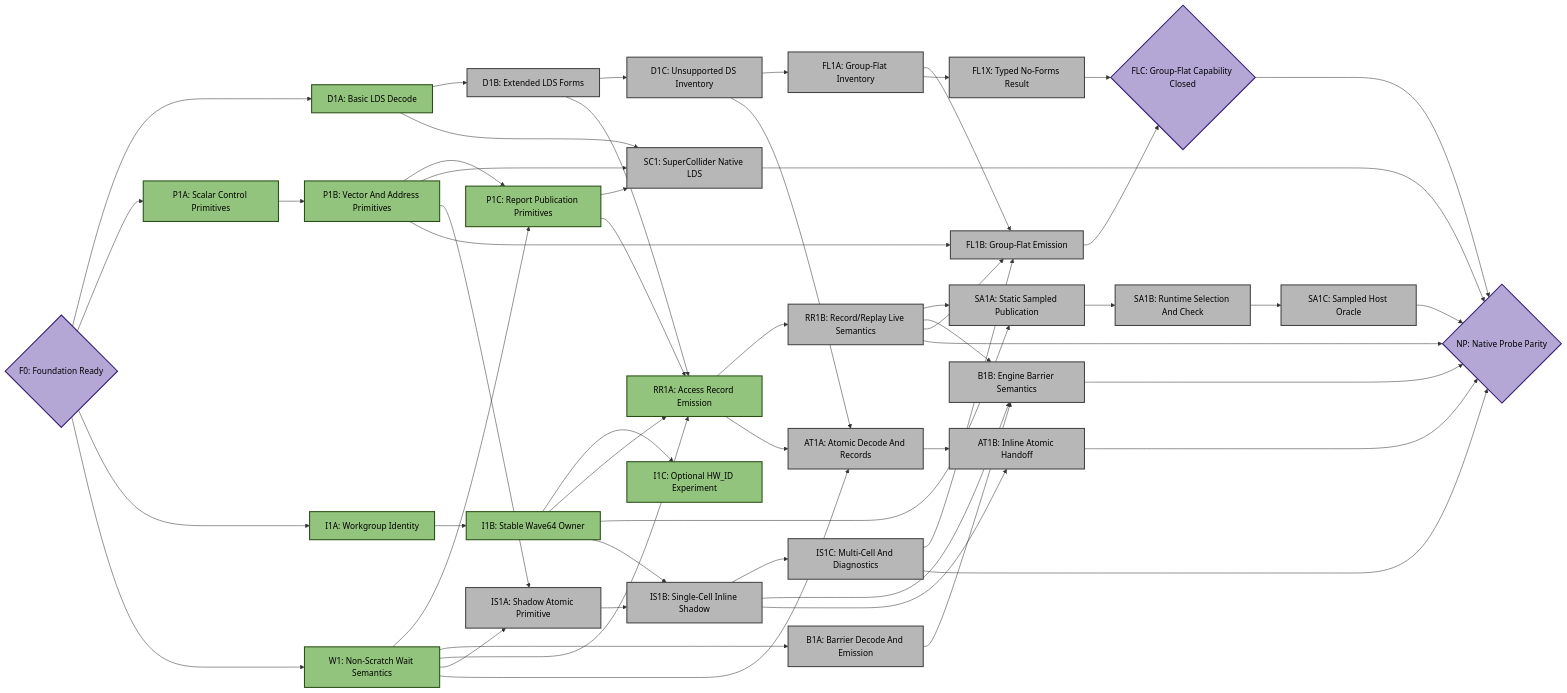
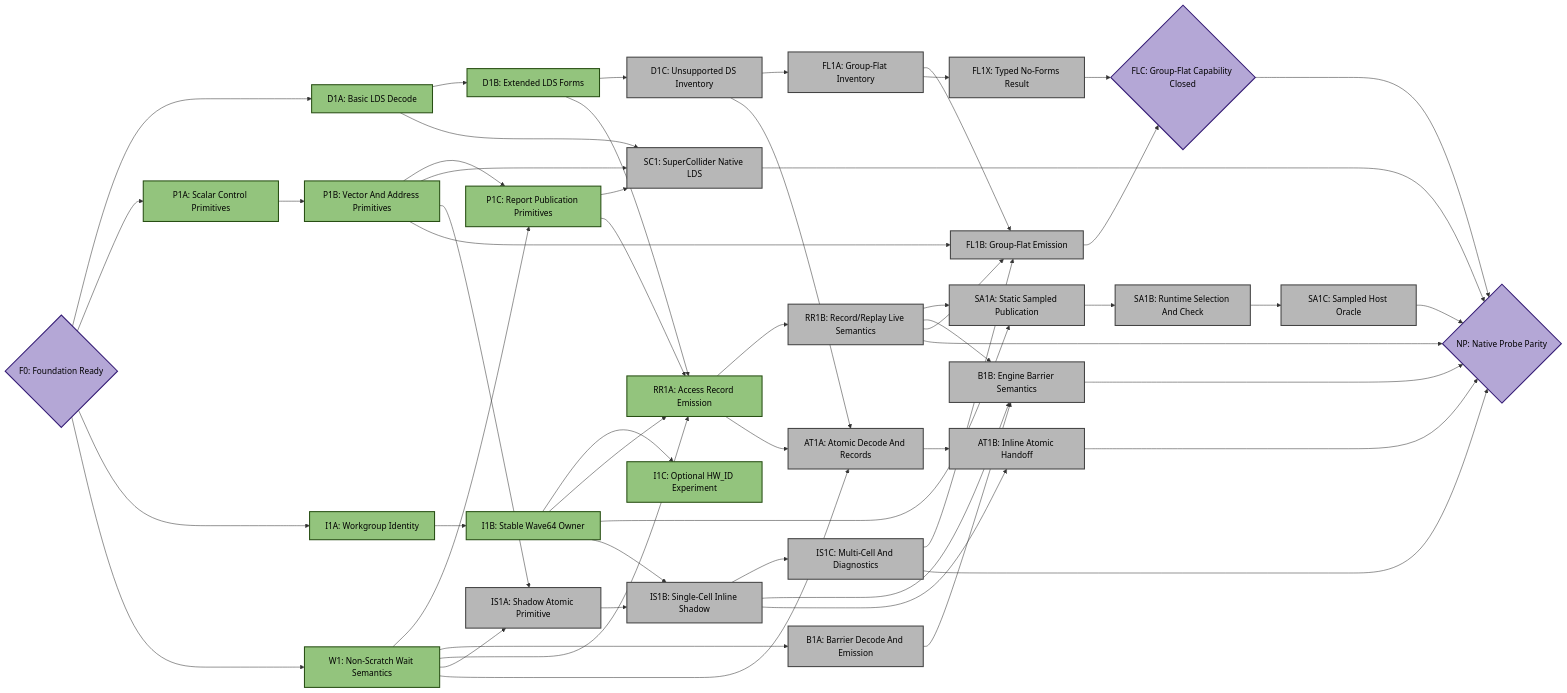
One commit to ROCm/rocm-systems changed the fourth of 5 diagrams in emulation/rocjitsu/docs/consan/PLAN_GFX950.md. Above: the diagram before and after it, drawn with Mermaid. The commit also changed other lines of this file and 4 other files, not shown here.

Commit message:
rocjitsu: normalize extended gfx950 LDS forms

```diff
--- a/emulation/rocjitsu/docs/consan/PLAN_GFX950.md
+++ b/emulation/rocjitsu/docs/consan/PLAN_GFX950.md
@@ -288,7 +294,7 @@
 flowchart LR
   F0{"F0: Foundation Ready"}:::target
   D1A["D1A: Basic LDS Decode"]:::done
-  D1B["D1B: Extended LDS Forms"]:::todo
+  D1B["D1B: Extended LDS Forms"]:::done
   D1C["D1C: Unsupported DS Inventory"]:::todo
   P1A["P1A: Scalar Control Primitives"]:::done
   P1B["P1B: Vector And Address Primitives"]:::done
```
